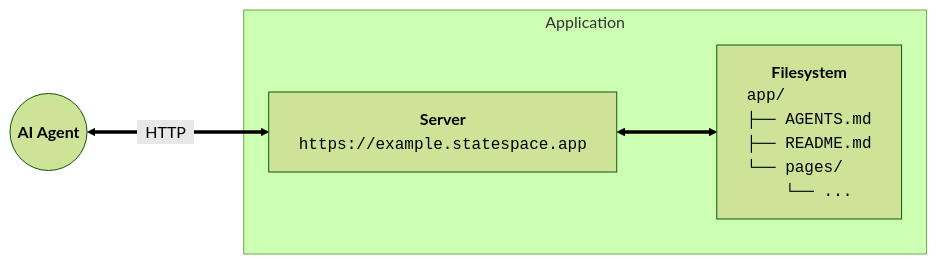
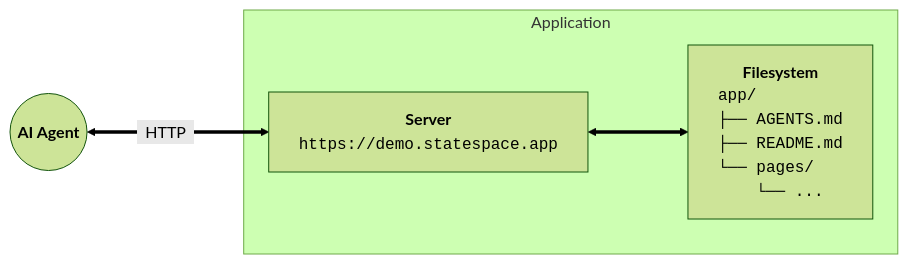
The diagram in docs/diagram.md (statespace-tech/statespace), drawn with Mermaid (forest theme) before and after one commit. The commit also changed 18 other files, not shown here.

````diff
--- a/docs/diagram.md
+++ b/docs/diagram.md
@@ -3,8 +3,8 @@
 ```mermaid
 graph LR
     A(("<b>AI Agent</b>")) <===>|&nbsp;&nbsp;HTTP&nbsp;&nbsp;| B
 
     subgraph Application
-        B["<b>Server</b><br/><code>https://example.statespace.app</code>"] <===> C["<b>Filesystem</b><br/><code style='text-align:left;display:block'>app/<br/>├── AGENTS.md<br/>├── README.md<br/>└── pages/<br/>&nbsp;&nbsp;&nbsp;&nbsp;└── ...</code>"]
+        B["<b>Server</b><br/><code>https://demo.statespace.app</code>"] <===> C["<b>Filesystem</b><br/><code style='text-align:left;display:block'>app/<br/>├── AGENTS.md<br/>├── README.md<br/>└── pages/<br/>&nbsp;&nbsp;&nbsp;&nbsp;└── ...</code>"]
     end
 ```
````
